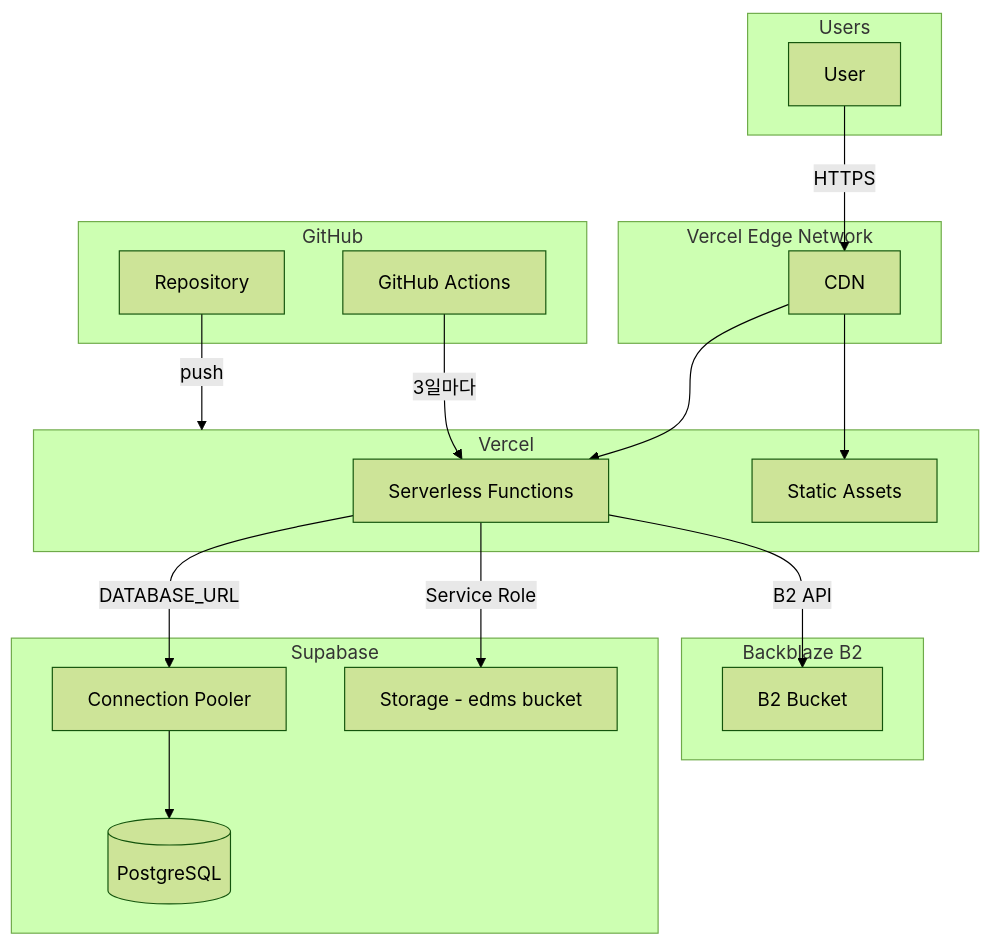
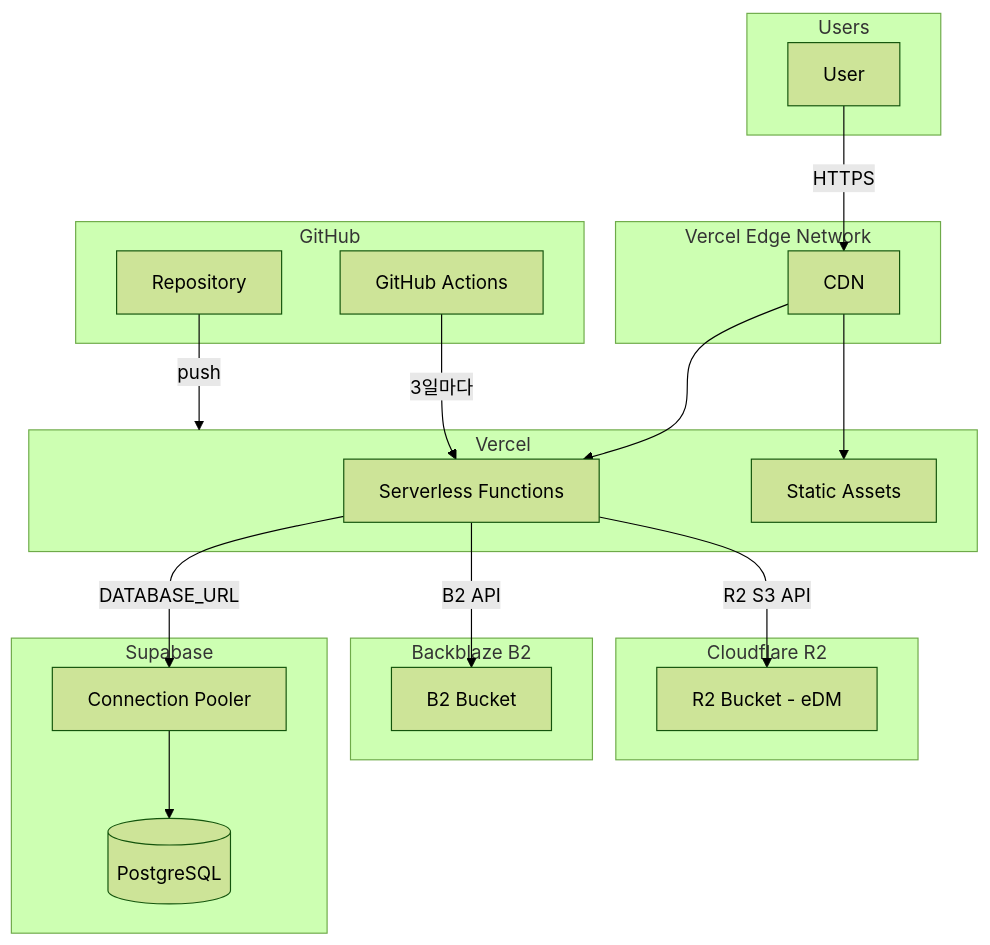
Before and after one commit to penta-design5/design5: the first of 2 diagrams in docs/INFRASTRUCTURE.md, drawn with Mermaid (forest theme). The commit also changed other lines of this file and 8 other files, not shown here.

````diff
--- a/docs/INFRASTRUCTURE.md
+++ b/docs/INFRASTRUCTURE.md
@@ -7,40 +7,43 @@
 ```mermaid
 flowchart TB
   subgraph users [Users]
     U1[User]
   end
 
   subgraph cdn [Vercel Edge Network]
     CDN[CDN]
   end
 
   subgraph vercel [Vercel]
     Serverless[Serverless Functions]
     Static[Static Assets]
   end
 
   subgraph supabase [Supabase]
     PgSQL[(PostgreSQL)]
     Pooler[Connection Pooler]
-    Storage[Storage - edms bucket]
   end
 
   subgraph b2 [Backblaze B2]
     Bucket[B2 Bucket]
+  end
+
+  subgraph r2 [Cloudflare R2]
+    R2Bucket[R2 Bucket - eDM]
   end
 
   subgraph github [GitHub]
     Repo[Repository]
     Actions[GitHub Actions]
   end
 
   U1 -->|HTTPS| CDN
   CDN --> Serverless
   CDN --> Static
   Serverless -->|DATABASE_URL| Pooler
   Pooler --> PgSQL
-  Serverless -->|Service Role| Storage
   Serverless -->|B2 API| Bucket
+  Serverless -->|R2 S3 API| R2Bucket
   Repo -->|push| vercel
   Actions -->|3일마다| Serverless
 ```
````
